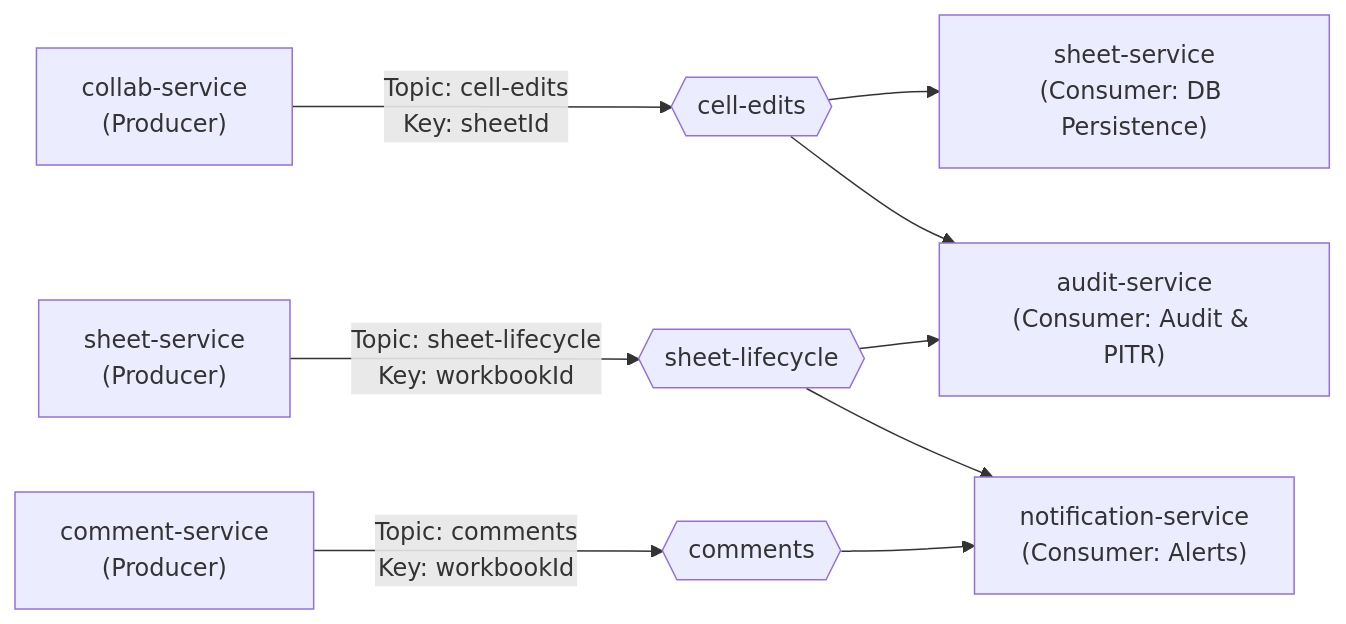
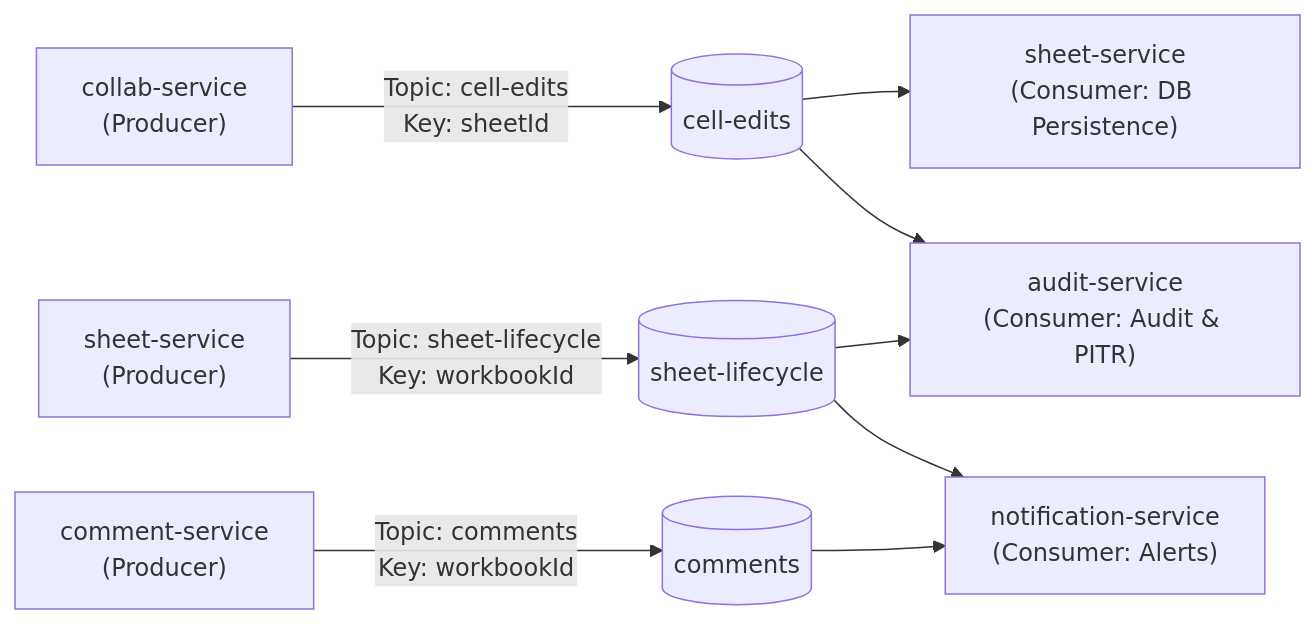
The sixth of 6 diagrams in README.md (Priyanshujaiswal1024/Microservices-realtime-collaborative-spreadsheet), drawn with Mermaid before and after one commit. The commit also changed other lines of this file, not shown here.

Commit message:
fix: resolve Mermaid diagram syntax for GitHub renderer

````diff
--- a/README.md
+++ b/README.md
@@ -228,14 +228,14 @@
 ```mermaid
 flowchart LR
-    CS["collab-service\n(Producer)"] -- "Topic: cell-edits\nKey: sheetId" --> K1{{"cell-edits"}}
-    SS["sheet-service\n(Producer)"] -- "Topic: sheet-lifecycle\nKey: workbookId" --> K2{{"sheet-lifecycle"}}
-    CMS["comment-service\n(Producer)"] -- "Topic: comments\nKey: workbookId" --> K3{{"comments"}}
+    CS["collab-service<br/>(Producer)"] -->|"Topic: cell-edits<br/>Key: sheetId"| K1[("cell-edits")]
+    SS["sheet-service<br/>(Producer)"] -->|"Topic: sheet-lifecycle<br/>Key: workbookId"| K2[("sheet-lifecycle")]
+    CMS["comment-service<br/>(Producer)"] -->|"Topic: comments<br/>Key: workbookId"| K3[("comments")]
 
-    K1 --> SS_C["sheet-service\n(Consumer: DB Persistence)"]
-    K1 --> AS_C["audit-service\n(Consumer: Audit & PITR)"]
+    K1 --> SS_C["sheet-service<br/>(Consumer: DB Persistence)"]
+    K1 --> AS_C["audit-service<br/>(Consumer: Audit & PITR)"]
 
     K2 --> AS_C
-    K2 --> NS_C["notification-service\n(Consumer: Alerts)"]
+    K2 --> NS_C["notification-service<br/>(Consumer: Alerts)"]
 
     K3 --> NS_C
 ```
````
